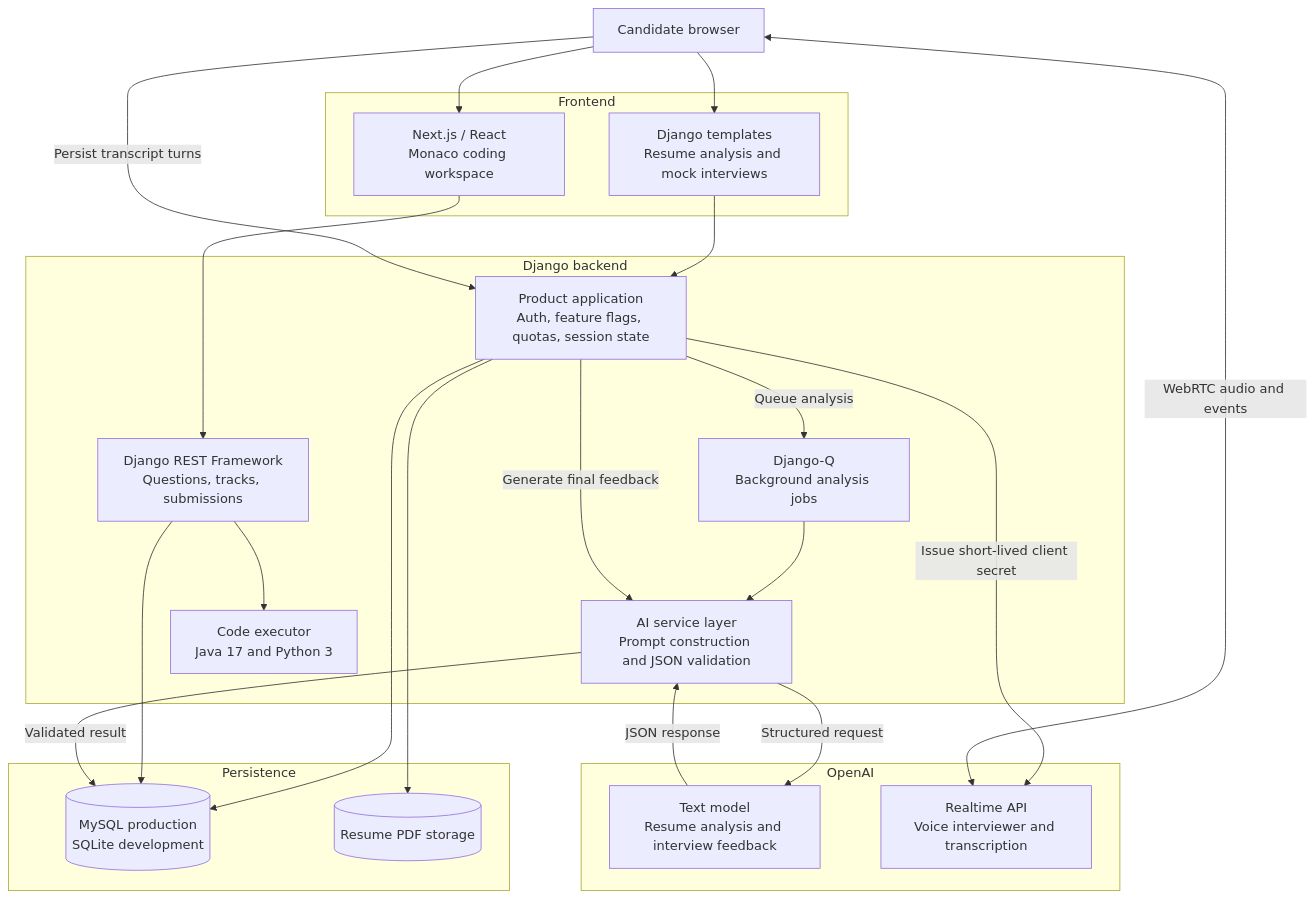
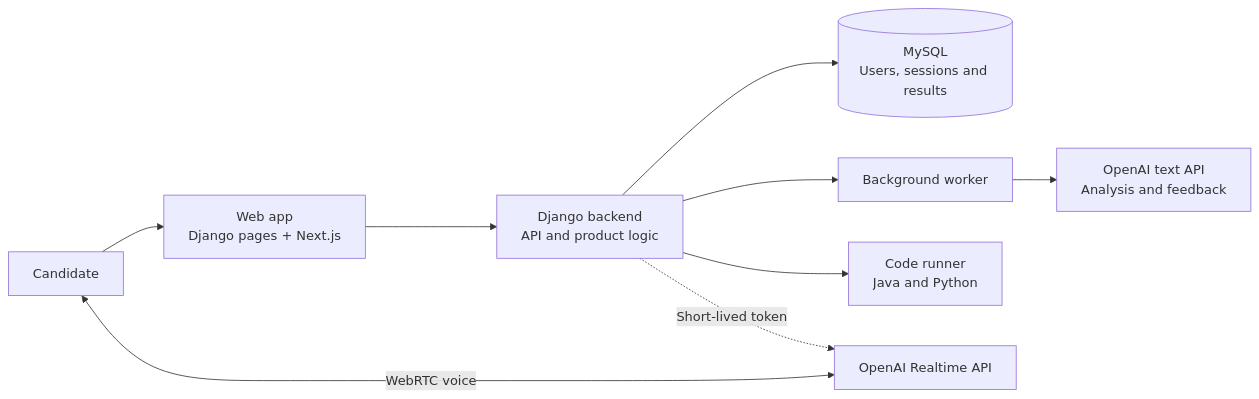
One commit to v-adhithyan/crack-interviews changed the first of 2 diagrams in docs/architecture.md. Above: the diagram before and after it, drawn with Mermaid. The commit also changed other lines of this file, not shown here.

Commit message:
docs: simplify architecture diagram

````diff
--- a/docs/architecture.md
+++ b/docs/architecture.md
@@ -8,49 +8,13 @@
 ```mermaid
-flowchart TB
-    user["Candidate browser"]
+flowchart LR
+    user["Candidate"] --> web["Web app<br/>Django pages + Next.js"]
+    web --> backend["Django backend<br/>API and product logic"]
 
-    subgraph frontend["Frontend"]
-        django_ui["Django templates<br/>Resume analysis and mock interviews"]
-        next_ui["Next.js / React<br/>Monaco coding workspace"]
-    end
+    backend --> db[("MySQL<br/>Users, sessions and results")]
+    backend --> worker["Background worker"]
+    worker --> text_ai["OpenAI text API<br/>Analysis and feedback"]
+    backend --> runner["Code runner<br/>Java and Python"]
 
-    subgraph backend["Django backend"]
-        product["Product application<br/>Auth, feature flags, quotas, session state"]
-        api["Django REST Framework<br/>Questions, tracks, submissions"]
-        ai_service["AI service layer<br/>Prompt construction and JSON validation"]
-        job_queue["Django-Q<br/>Background analysis jobs"]
-        executor["Code executor<br/>Java 17 and Python 3"]
-    end
-
-    subgraph data["Persistence"]
-        database[("MySQL production<br/>SQLite development")]
-        media[("Resume PDF storage")]
-    end
-
-    subgraph openai["OpenAI"]
-        text_model["Text model<br/>Resume analysis and interview feedback"]
-        realtime["Realtime API<br/>Voice interviewer and transcription"]
-    end
-
-    user --> django_ui
-    user --> next_ui
-
-    django_ui --> product
-    next_ui --> api
-
-    product --> database
-    product --> media
-    api --> database
-    api --> executor
-
-    product -->|"Queue analysis"| job_queue
-    job_queue --> ai_service
-    product -->|"Generate final feedback"| ai_service
-    ai_service -->|"Structured request"| text_model
-    text_model -->|"JSON response"| ai_service
-    ai_service -->|"Validated result"| database
-
-    product -->|"Issue short-lived client secret"| realtime
-    user <-->|"WebRTC audio and events"| realtime
-    user -->|"Persist transcript turns"| product
+    backend -.->|"Short-lived token"| voice_ai["OpenAI Realtime API"]
+    user <-->|"WebRTC voice"| voice_ai
 ```
````
